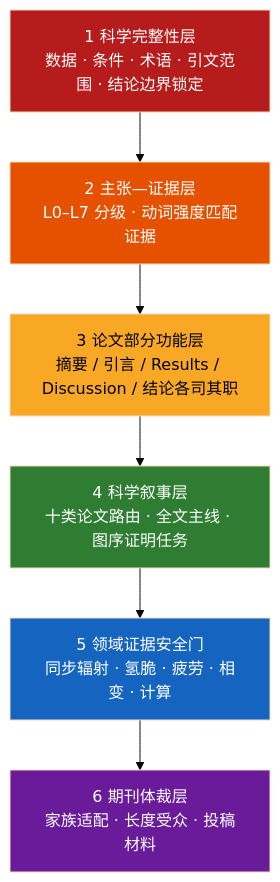
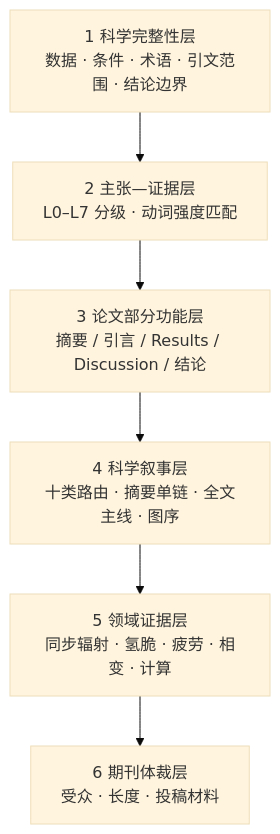
Before and after one commit to D-sudoasd/Metal-Paper-Polisher: the diagram in README.md, drawn with Mermaid (base theme). The commit also changed other lines of this file and 7 other files, not shown here.

````diff
--- a/README.md
+++ b/README.md
@@ -138,14 +173,8 @@
 ```mermaid
 flowchart TD
-    A["1 科学完整性层<br/>数据 · 条件 · 术语 · 引文范围 · 结论边界锁定"] --> B["2 主张—证据层<br/>L0–L7 分级 · 动词强度匹配证据"]
-    B --> C["3 论文部分功能层<br/>摘要 / 引言 / Results / Discussion / 结论各司其职"]
-    C --> D["4 科学叙事层<br/>十类论文路由 · 全文主线 · 图序证明任务"]
-    D --> E["5 领域证据安全门<br/>同步辐射 · 氢脆 · 疲劳 · 相变 · 计算"]
-    E --> F["6 期刊体裁层<br/>家族适配 · 长度受众 · 投稿材料"]
-    style A fill:#b71c1c,color:#fff
-    style B fill:#e65100,color:#fff
-    style C fill:#f9a825,color:#000
-    style D fill:#2e7d32,color:#fff
-    style E fill:#1565c0,color:#fff
-    style F fill:#6a1b9a,color:#fff
+    A["1 科学完整性层<br/>数据 · 条件 · 术语 · 引文范围 · 结论边界"] --> B["2 主张—证据层<br/>L0–L7 分级 · 动词强度匹配"]
+    B --> C["3 论文部分功能层<br/>摘要 / 引言 / Results / Discussion / 结论"]
+    C --> D["4 科学叙事层<br/>十类路由 · 摘要单链 · 全文主线 · 图序"]
+    D --> E["5 领域证据层<br/>同步辐射 · 氢脆 · 疲劳 · 相变 · 计算"]
+    E --> F["6 期刊体裁层<br/>受众 · 长度 · 投稿材料"]
 ```
````
